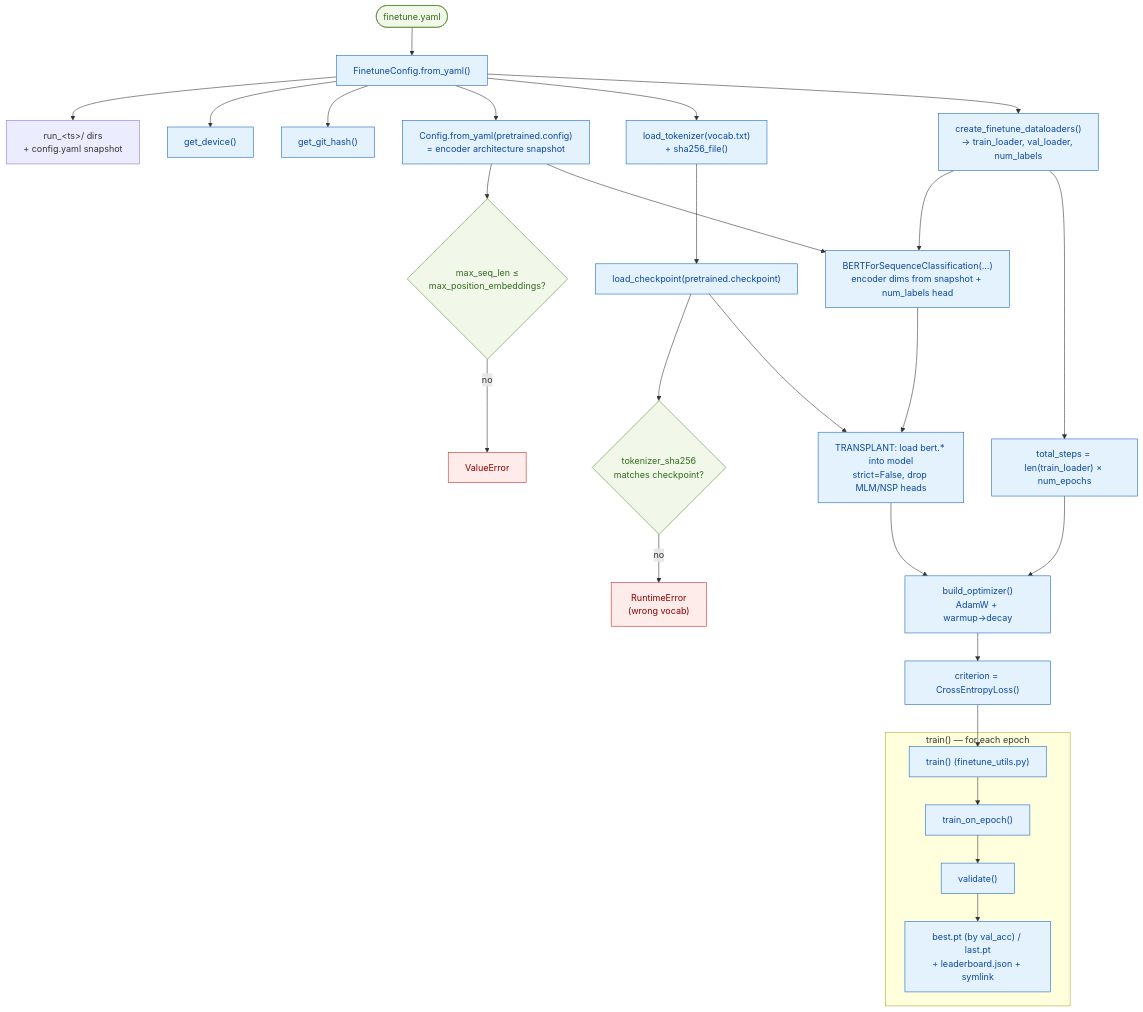
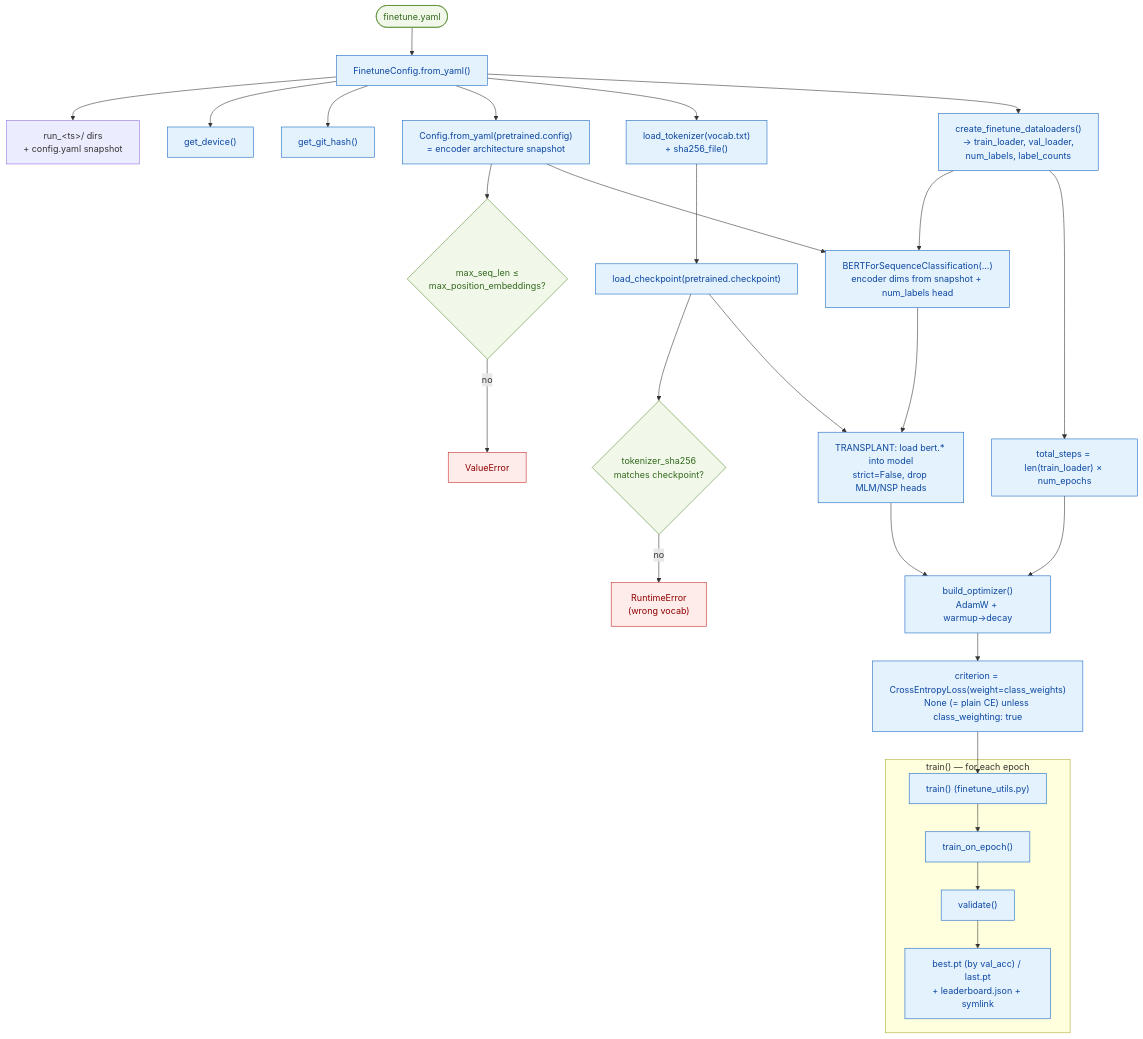
Before and after one commit to SamyamoyRakshit/papers-from-scratch: the first of 2 diagrams in BERT/docs/scripts/finetune.md, drawn with Mermaid. The commit also changed other lines of this file and 10 other files, not shown here.

````diff
--- a/BERT/docs/scripts/finetune.md
+++ b/BERT/docs/scripts/finetune.md
@@ -44,42 +45,42 @@
 ```mermaid
 flowchart TD
     CFG(["finetune.yaml"]) --> LOAD["FinetuneConfig.from_yaml()"]
     LOAD --> RUNDIR["run_&lt;ts&gt;/ dirs<br/>+ config.yaml snapshot"]
     LOAD --> DEV["get_device()"]
     LOAD --> GIT["get_git_hash()"]
 
     LOAD --> PCFG["Config.from_yaml(pretrained.config)<br/>= encoder architecture snapshot"]
     PCFG --> SEQCHK{"max_seq_len ≤<br/>max_position_embeddings?"}
     SEQCHK -- no --> E1["ValueError"]
 
     LOAD --> TOK["load_tokenizer(vocab.txt)<br/>+ sha256_file()"]
     TOK --> LC["load_checkpoint(pretrained.checkpoint)"]
     LC --> PREFLIGHT{"tokenizer_sha256<br/>matches checkpoint?"}
     PREFLIGHT -- no --> E2["RuntimeError<br/>(wrong vocab)"]
 
-    LOAD --> DATA["create_finetune_dataloaders()<br/>→ train_loader, val_loader, num_labels"]
+    LOAD --> DATA["create_finetune_dataloaders()<br/>→ train_loader, val_loader,<br/>num_labels, label_counts"]
 
     PCFG --> BUILD["BERTForSequenceClassification(...)<br/>encoder dims from snapshot + num_labels head"]
     DATA --> BUILD
     LC --> TRANS["TRANSPLANT: load bert.* into model<br/>strict=False, drop MLM/NSP heads"]
     BUILD --> TRANS
 
     DATA --> STEPS["total_steps = len(train_loader) × num_epochs"]
     STEPS --> OPT["build_optimizer()<br/>AdamW + warmup→decay"]
     TRANS --> OPT
-    OPT --> CRIT["criterion = CrossEntropyLoss()"]
+    OPT --> CRIT["criterion = CrossEntropyLoss(weight=class_weights)<br/>None (= plain CE) unless class_weighting: true"]
     CRIT --> TRAIN["train()  (finetune_utils.py)"]
 
     subgraph LOOP["train() — for each epoch"]
         TRAIN --> TOE["train_on_epoch()"]
         TOE --> VAL["validate()"]
         VAL --> CKPT["best.pt (by val_acc) / last.pt<br/>+ leaderboard.json + symlink"]
     end
 
     classDef this fill:#e3f2fd,stroke:#1565c0,color:#0d47a1;
     classDef io fill:#f1f8e9,stroke:#558b2f,color:#33691e;
     classDef bad fill:#fdecea,stroke:#c62828,color:#8e0000;
     class LOAD,DEV,GIT,PCFG,TOK,LC,DATA,BUILD,TRANS,STEPS,OPT,CRIT,TRAIN,TOE,VAL,CKPT this;
     class CFG,SEQCHK,PREFLIGHT io;
     class E1,E2 bad;
 ```
````
